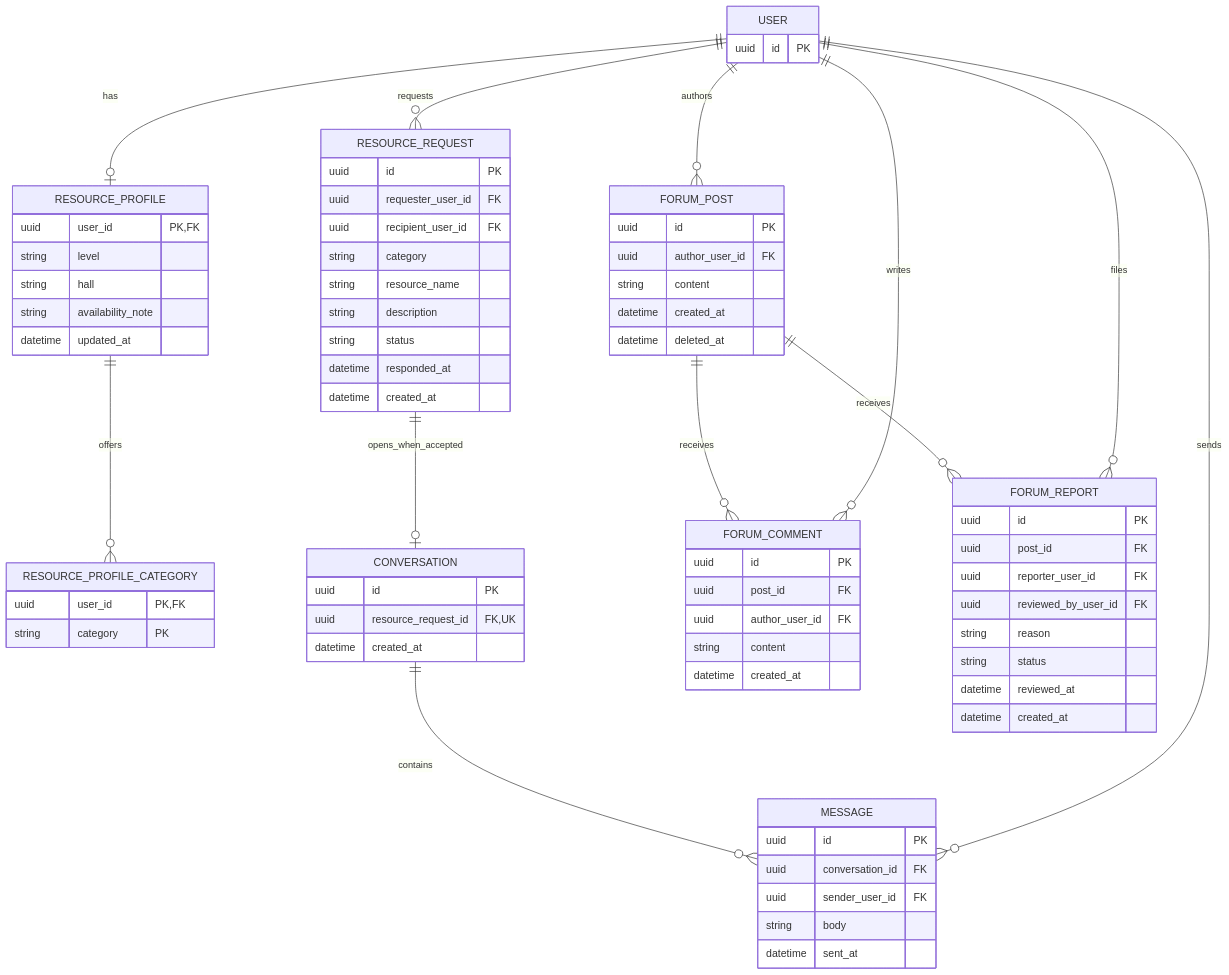
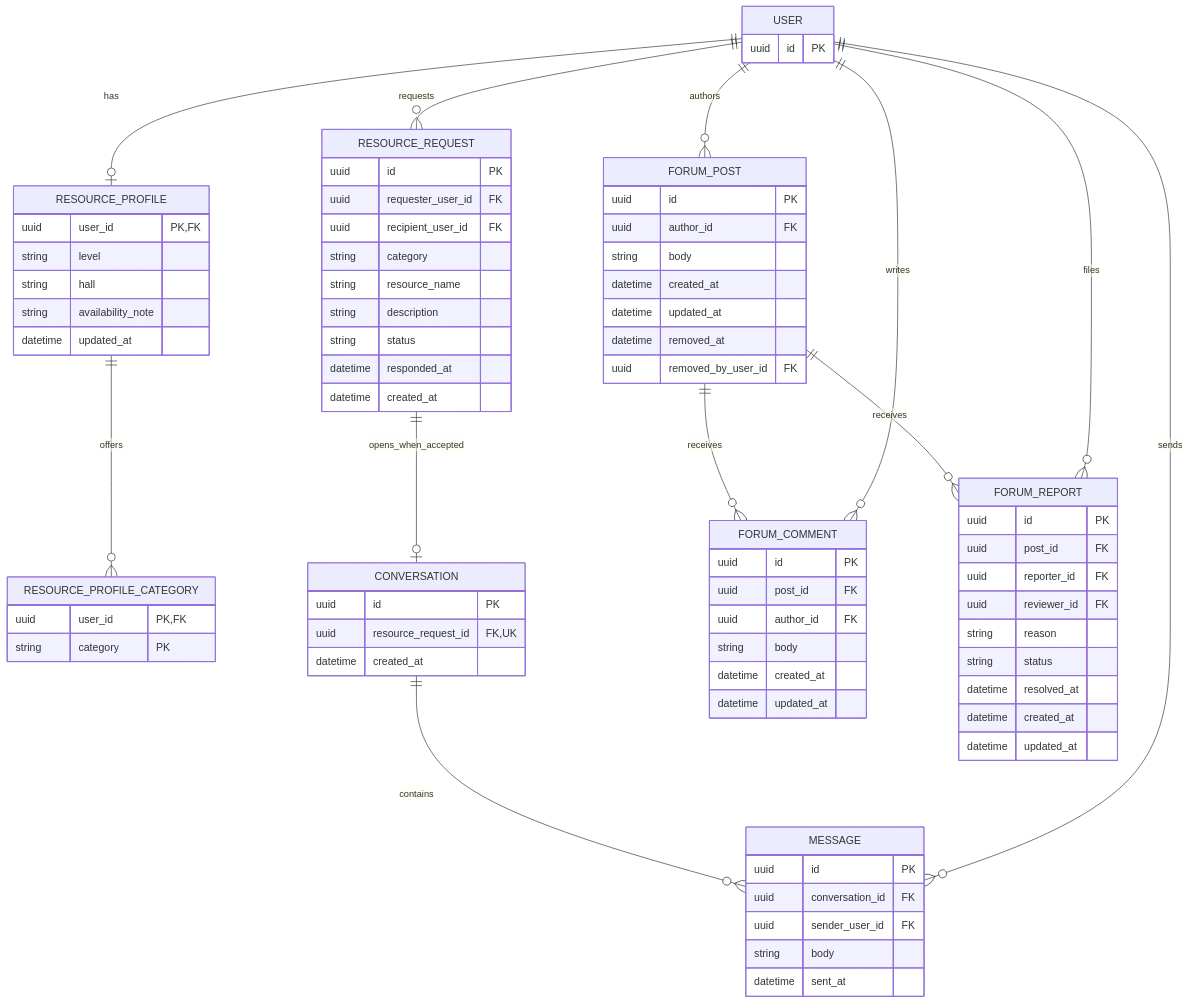
The third of 4 diagrams in docs/design/ERD.md (anindya357/UniCircle), drawn with Mermaid before and after one commit. The commit also changed other lines of this file and 24 other files, not shown here.

````diff
--- a/docs/design/ERD.md
+++ b/docs/design/ERD.md
@@ -291,76 +291,80 @@
 ```mermaid
 erDiagram
     USER ||--o| RESOURCE_PROFILE : has
     RESOURCE_PROFILE ||--o{ RESOURCE_PROFILE_CATEGORY : offers
     USER ||--o{ RESOURCE_REQUEST : requests
     RESOURCE_REQUEST ||--o| CONVERSATION : opens_when_accepted
     CONVERSATION ||--o{ MESSAGE : contains
     USER ||--o{ MESSAGE : sends
     USER ||--o{ FORUM_POST : authors
     FORUM_POST ||--o{ FORUM_COMMENT : receives
     USER ||--o{ FORUM_COMMENT : writes
     FORUM_POST ||--o{ FORUM_REPORT : receives
     USER ||--o{ FORUM_REPORT : files
 
     USER {
         uuid id PK
     }
     RESOURCE_PROFILE {
         uuid user_id PK, FK
         string level
         string hall
         string availability_note
         datetime updated_at
     }
     RESOURCE_PROFILE_CATEGORY {
         uuid user_id PK, FK
         string category PK
     }
     RESOURCE_REQUEST {
         uuid id PK
         uuid requester_user_id FK
         uuid recipient_user_id FK
         string category
         string resource_name
         string description
         string status
         datetime responded_at
         datetime created_at
     }
     CONVERSATION {
         uuid id PK
         uuid resource_request_id FK, UK
         datetime created_at
     }
     MESSAGE {
         uuid id PK
         uuid conversation_id FK
         uuid sender_user_id FK
         string body
         datetime sent_at
     }
     FORUM_POST {
         uuid id PK
-        uuid author_user_id FK
-        string content
+        uuid author_id FK
+        string body
         datetime created_at
-        datetime deleted_at
+        datetime updated_at
+        datetime removed_at
+        uuid removed_by_user_id FK
     }
     FORUM_COMMENT {
         uuid id PK
         uuid post_id FK
-        uuid author_user_id FK
-        string content
+        uuid author_id FK
+        string body
         datetime created_at
+        datetime updated_at
     }
     FORUM_REPORT {
         uuid id PK
         uuid post_id FK
-        uuid reporter_user_id FK
-        uuid reviewed_by_user_id FK
+        uuid reporter_id FK
+        uuid reviewer_id FK
         string reason
         string status
-        datetime reviewed_at
+        datetime resolved_at
         datetime created_at
+        datetime updated_at
     }
 ```
````
